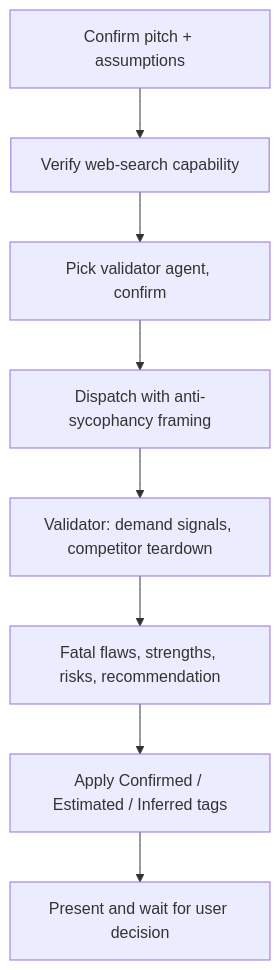
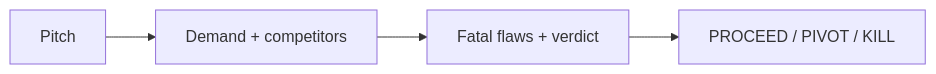
One commit to marcoskichel/elevator-pitch-skill changed the second of 3 diagrams in plugins/empire-product/README.md. Above: the diagram before and after it, drawn with Mermaid. The commit also changed other lines of this file and 5 other files, not shown here.

First line of the commit message:
docs: simplify per-skill diagrams to horizontal high-level flow

````diff
--- a/plugins/empire-product/README.md
+++ b/plugins/empire-product/README.md
@@ -45,10 +43,6 @@
 ```mermaid
-flowchart TD
-  pitch[Confirm pitch + assumptions] --> precond[Verify web-search capability]
-  precond --> roster[Pick validator agent, confirm]
-  roster --> dispatch[Dispatch with anti-sycophancy framing]
-  dispatch --> research[Validator: demand signals, competitor teardown]
-  research --> verdict[Fatal flaws, strengths, risks, recommendation]
-  verdict --> tag[Apply Confirmed / Estimated / Inferred tags]
-  tag --> gate[Present and wait for user decision]
+flowchart LR
+  pitch[Pitch] --> research[Demand + competitors]
+  research --> verdict[Fatal flaws + verdict]
+  verdict --> rec[PROCEED / PIVOT / KILL]
 ```
````
